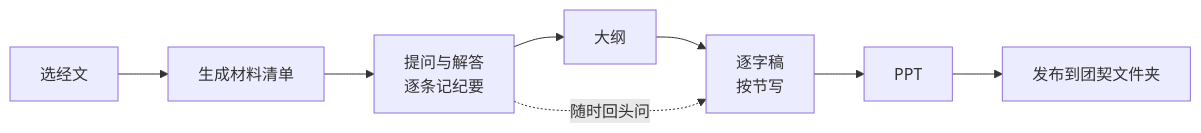
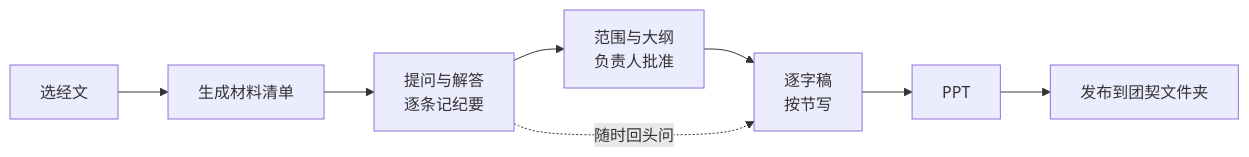
Before and after one commit to junyang168/smart-answer: the diagram in docs/wang-knowledge-platform/60-reference-commentary/bible_study_prep_solution_v1.md, drawn with Mermaid. The commit also changed other lines of this file, not shown here.

````diff
--- a/docs/wang-knowledge-platform/60-reference-commentary/bible_study_prep_solution_v1.md
+++ b/docs/wang-knowledge-platform/60-reference-commentary/bible_study_prep_solution_v1.md
@@ -62,10 +64,10 @@
 ```mermaid
 flowchart LR
     PICK["选经文"] --> SRC["生成材料清单"]
     SRC --> QA["提问与解答<br/>逐条记纪要"]
-    QA --> OUT["大纲"]
+    QA --> OUT["范围与大纲<br/>负责人批准"]
     OUT --> SCRIPT["逐字稿<br/>按节写"]
     SCRIPT --> SLIDES["PPT"]
     SLIDES --> PUB["发布到团契文件夹"]
     QA -.->|"随时回头问"| SCRIPT
 ```
````
